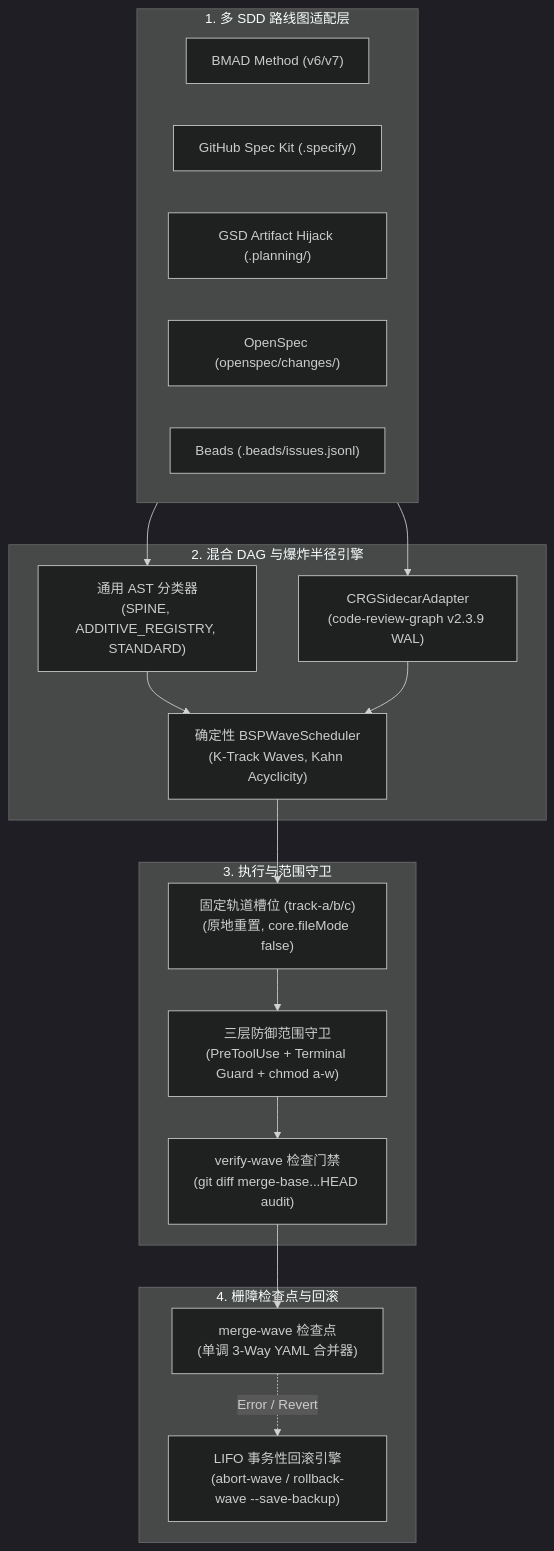
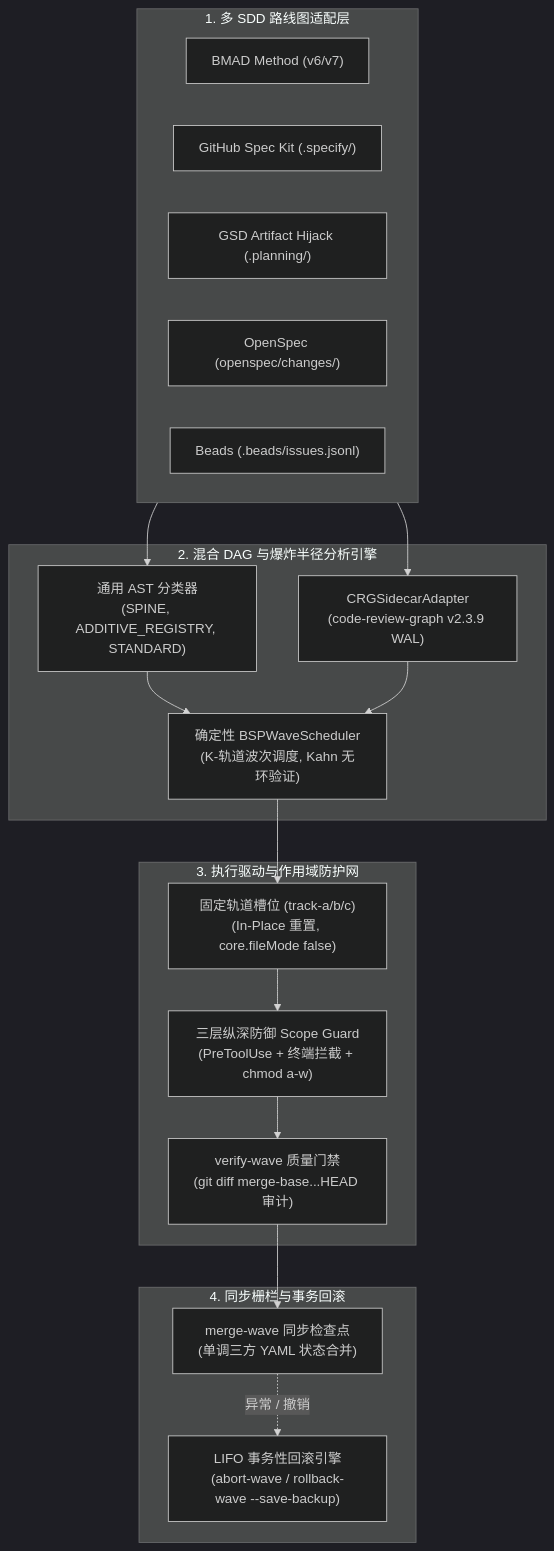
Before and after one commit to stopActingSoSmall/sdd-parallel: the second of 2 diagrams in docs/i18n/zh-CN/README.md, drawn with Mermaid (dark theme). The commit also changed other lines of this file and 5 other files, not shown here.

````diff
--- a/docs/i18n/zh-CN/README.md
+++ b/docs/i18n/zh-CN/README.md
@@ -157,34 +248,34 @@
 ```mermaid
 flowchart TD
     subgraph Inputs["1. 多 SDD 路线图适配层"]
         BMAD["BMAD Method (v6/v7)"]
         SpecKit["GitHub Spec Kit (.specify/)"]
         GSD["GSD Artifact Hijack (.planning/)"]
         OpenSpec["OpenSpec (openspec/changes/)"]
         Beads["Beads (.beads/issues.jsonl)"]
     end
 
-    subgraph Engine["2. 混合 DAG 与爆炸半径引擎"]
+    subgraph Engine["2. 混合 DAG 与爆炸半径分析引擎"]
         AST["通用 AST 分类器\n(SPINE, ADDITIVE_REGISTRY, STANDARD)"]
         CRG["CRGSidecarAdapter\n(code-review-graph v2.3.9 WAL)"]
-        BSP["确定性 BSPWaveScheduler\n(K-Track Waves, Kahn Acyclicity)"]
+        BSP["确定性 BSPWaveScheduler\n(K-轨道波次调度, Kahn 无环验证)"]
     end
 
-    subgraph Actuation["3. 执行与范围守卫"]
-        Slots["固定轨道槽位 (track-a/b/c)\n(原地重置, core.fileMode false)"]
-        Guard["三层防御范围守卫\n(PreToolUse + Terminal Guard + chmod a-w)"]
-        Verify["verify-wave 检查门禁\n(git diff merge-base...HEAD audit)"]
+    subgraph Actuation["3. 执行驱动与作用域防护网"]
+        Slots["固定轨道槽位 (track-a/b/c)\n(In-Place 重置, core.fileMode false)"]
+        Guard["三层纵深防御 Scope Guard\n(PreToolUse + 终端拦截 + chmod a-w)"]
+        Verify["verify-wave 质量门禁\n(git diff merge-base...HEAD 审计)"]
     end
 
-    subgraph Barrier["4. 栅障检查点与回滚"]
-        Merge["merge-wave 检查点\n(单调 3-Way YAML 合并器)"]
+    subgraph Barrier["4. 同步栅栏与事务回滚"]
+        Merge["merge-wave 同步检查点\n(单调三方 YAML 状态合并)"]
         Rollback["LIFO 事务性回滚引擎\n(abort-wave / rollback-wave --save-backup)"]
     end
 
     Inputs --> AST & CRG
     AST & CRG --> BSP
     BSP --> Slots
     Slots --> Guard --> Verify
     Verify --> Merge
-    Merge -. Error / Revert .-> Rollback
+    Merge -. 异常 / 撤销 .-> Rollback
 ```
````
